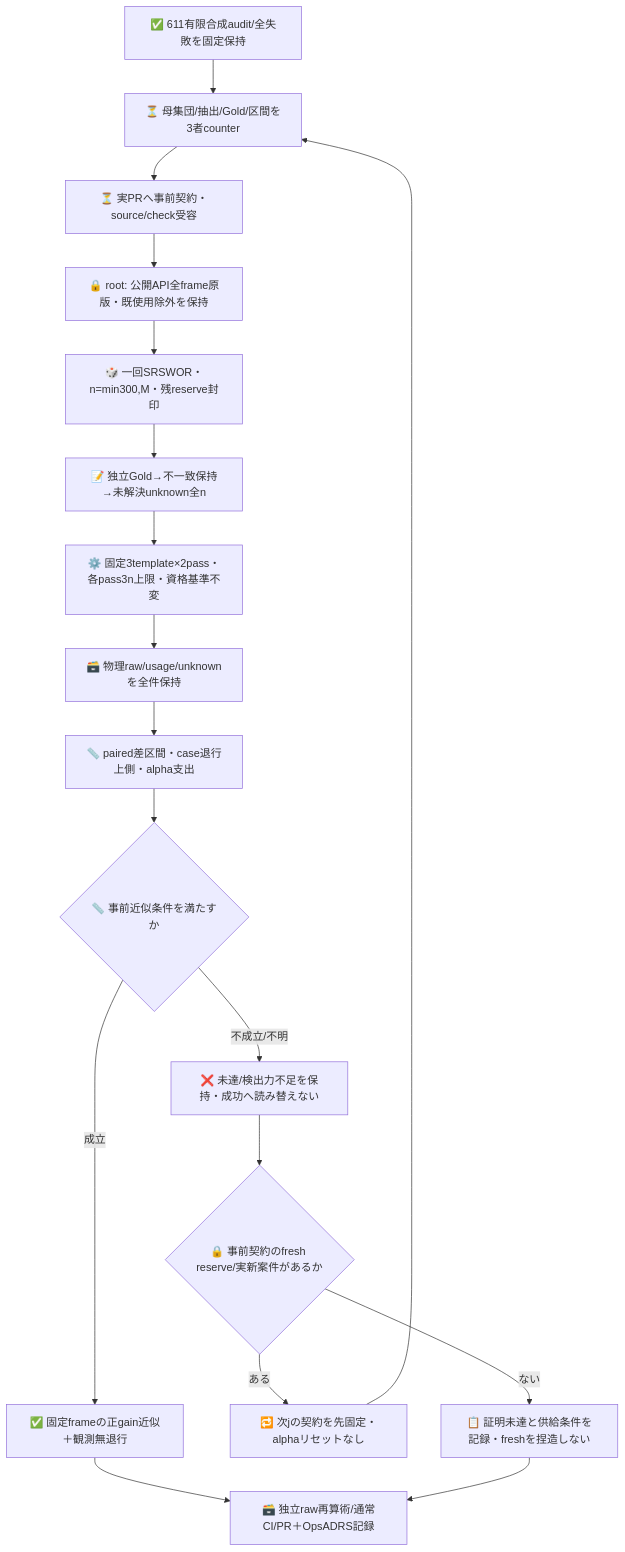
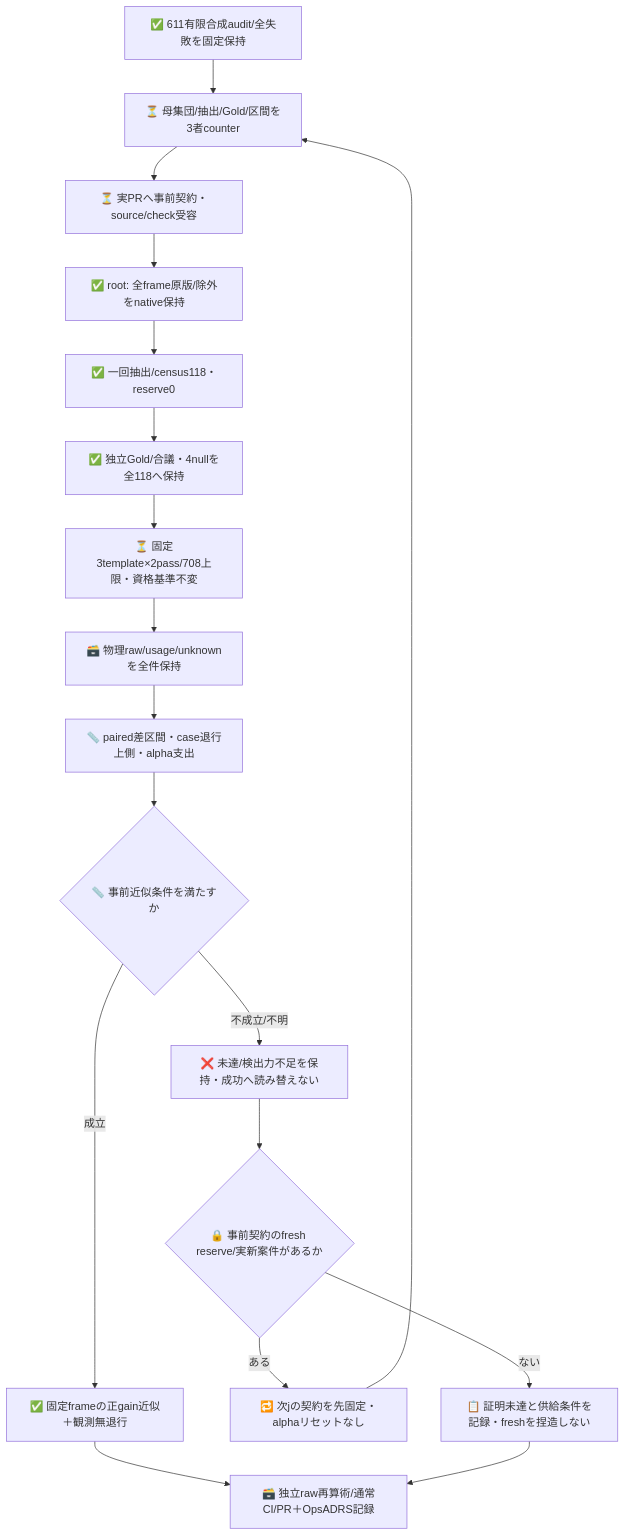
One commit to roccho-org/ops changed the second of 2 diagrams in experiments/sys1-eval-loop/real-cases/README.md. Above: the diagram before and after it, drawn with Mermaid. The commit also changed other lines of this file and 8 other files, not shown here.

Commit message:
feat(jev): freeze real census and blind Gold before paired replications

````diff
--- a/experiments/sys1-eval-loop/real-cases/README.md
+++ b/experiments/sys1-eval-loop/real-cases/README.md
@@ -73,20 +73,20 @@
 ```mermaid
 flowchart TB
   OLD["✅ 611有限合成audit/全失敗を固定保持"] --> DESIGN["⏳ 母集団/抽出/Gold/区間を3者counter"]
   DESIGN --> PR["⏳ 実PRへ事前契約・source/check受容"]
-  PR --> FRAME["🔒 root: 公開API全frame原版・既使用除外を保持"]
-  FRAME --> SAMPLE["🎲 一回SRSWOR・n=min300,M・残reserve封印"]
-  SAMPLE --> GOLD["📝 独立Gold→不一致保持→未解決unknown全n"]
-  GOLD --> RUN["⚙️ 固定3template×2pass・各pass3n上限・資格基準不変"]
+  PR --> FRAME["✅ root: 全frame原版/除外をnative保持"]
+  FRAME --> SAMPLE["✅ 一回抽出/census118・reserve0"]
+  SAMPLE --> GOLD["✅ 独立Gold/合議・4nullを全118へ保持"]
+  GOLD --> RUN["⏳ 固定3template×2pass/708上限・資格基準不変"]
   RUN --> RAW["🗃️ 物理raw/usage/unknownを全件保持"]
   RAW --> EST["📏 paired差区間・case退行上側・alpha支出"]
   EST --> DECIDE{"📏 事前近似条件を満たすか"}
   DECIDE -->|成立| OK["✅ 固定frameの正gain近似＋観測無退行"]
   DECIDE -->|不成立/不明| NO["❌ 未達/検出力不足を保持・成功へ読み替えない"]
   NO --> NEXT{"🔒 事前契約のfresh reserve/実新案件があるか"}
   NEXT -->|ある| LOOP["🔁 次jの契約を先固定・alphaリセットなし"]
   LOOP --> DESIGN
   NEXT -->|ない| WAIT["📋 証明未達と供給条件を記録・freshを捏造しない"]
   OK --> END["🗃️ 独立raw再算術/通常CI/PR＋OpsADRS記録"]
   WAIT --> END
 ```
````
